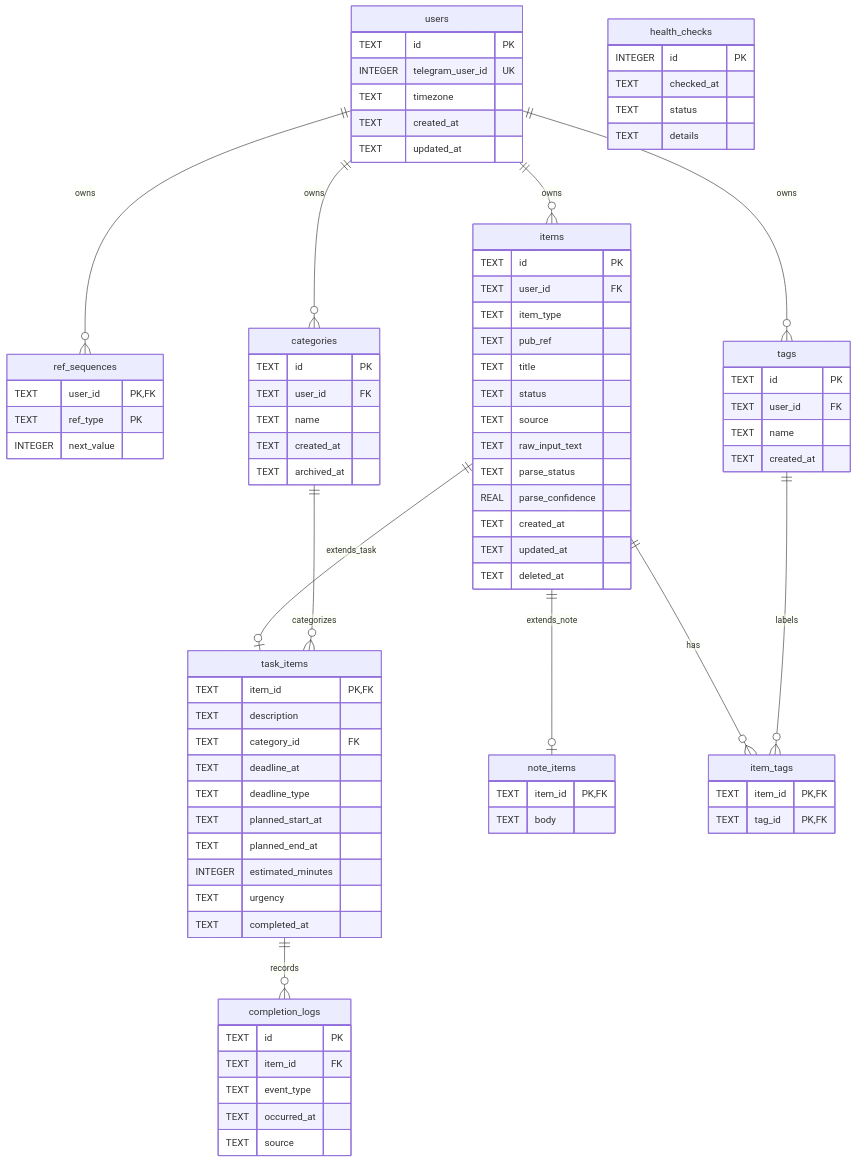
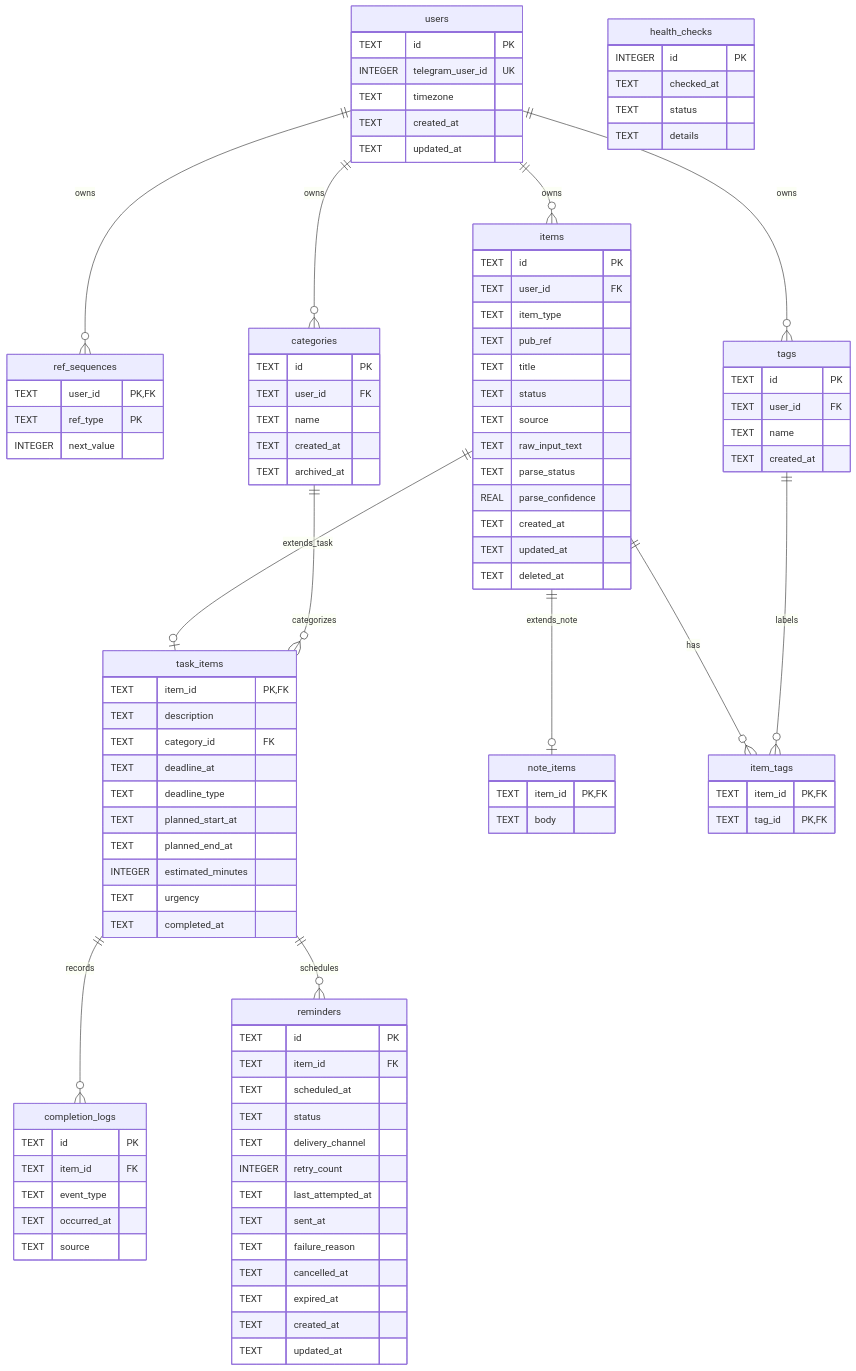
One commit to FPynk/teleSecretary changed the diagram in docs/Database-diagram.md. Above: the diagram before and after it, drawn with Mermaid. The commit also changed other lines of this file and 6 other files, not shown here.

```diff
--- a/docs/Database-diagram.md
+++ b/docs/Database-diagram.md
@@ -67,6 +67,22 @@
         TEXT completed_at
     }
 
+    reminders {
+        TEXT id PK
+        TEXT item_id FK
+        TEXT scheduled_at
+        TEXT status
+        TEXT delivery_channel
+        INTEGER retry_count
+        TEXT last_attempted_at
+        TEXT sent_at
+        TEXT failure_reason
+        TEXT cancelled_at
+        TEXT expired_at
+        TEXT created_at
+        TEXT updated_at
+    }
+
     note_items {
         TEXT item_id PK, FK
         TEXT body
@@ -95,6 +111,7 @@
 
     categories ||--o{ task_items : categorizes
     task_items ||--o{ completion_logs : records
+    task_items ||--o{ reminders : schedules
 
     items ||--o{ item_tags : has
     tags ||--o{ item_tags : labels
```
